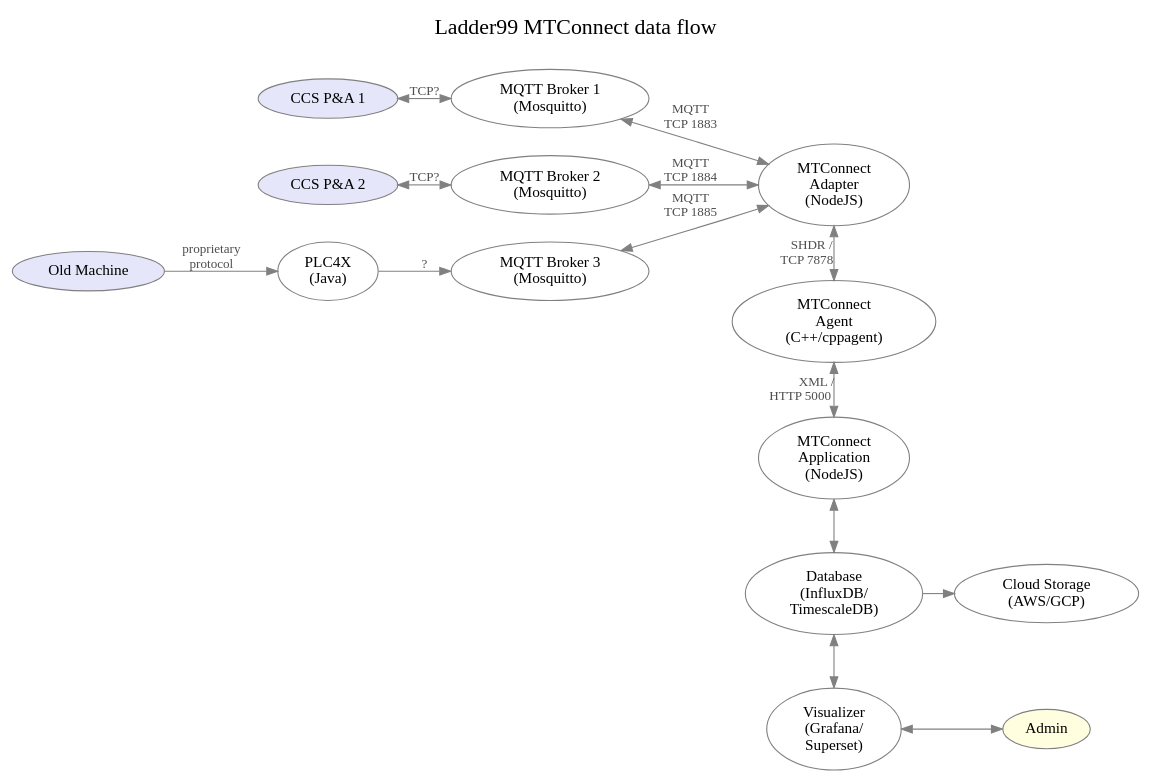
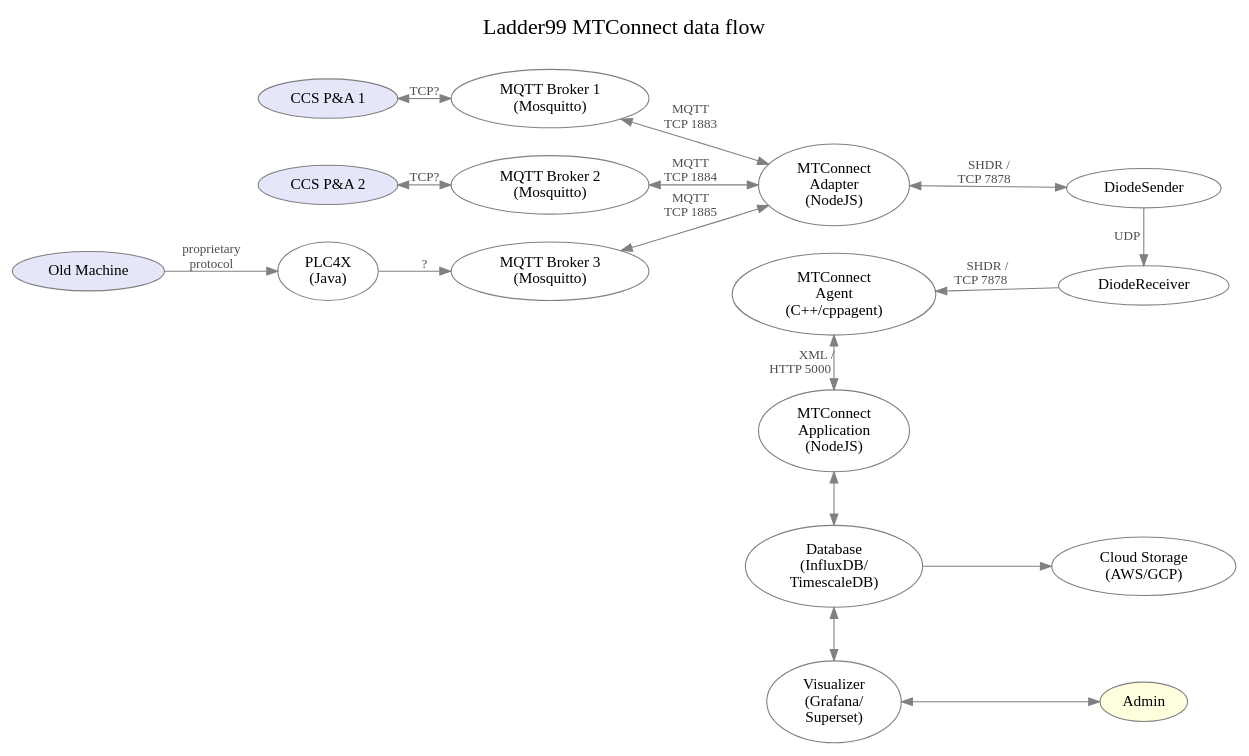
The diagram in design/architecture.dot (Ladder99/ladder99), drawn with Graphviz before and after one commit. The commit also changed 1 other file, not shown here.

```diff
--- a/design/architecture.dot
+++ b/design/architecture.dot
@@ -1,74 +1,80 @@
 digraph "ladder99-adapter" {
 
   // styles
   graph [ label="Ladder99 MTConnect data flow\n "; color=lightgray; ];
   graph [ fontsize=20 ];
   graph [ labelloc=t ];
   graph [ ranksep=0.2 ];
   graph [ nodesep=0.35 ];
   graph [ rankdir=LR; ] // left-to-right
   node [ color=gray; fillcolor=white; style=filled ];
   edge [ color=gray ];
   edge [ fontsize=12; fontcolor=gray30; ];
 
   // nodes
   PA1 [ fillcolor=lavender; label="CCS P&A 1" ];
   PA2 [ fillcolor=lavender; label="CCS P&A 2" ];
   OldMachine [ fillcolor=lavender; label="Old Machine" ];
   PLC4X [ label="PLC4X\n(Java)" ];
   Broker1 [ label="MQTT Broker 1\n(Mosquitto)" ];
   Broker2 [ label="MQTT Broker 2\n(Mosquitto)" ];
   Broker3 [ label="MQTT Broker 3\n(Mosquitto)" ];
   Adapter [ label="MTConnect\nAdapter\n(NodeJS)" ];
   // Device1Sheet [ fillcolor=greenyellow; label="device1.sheet" ];
   // Device1Yaml [ fillcolor=greenyellow; label="device1.yaml" ];
   // Device1Js [ label="device1.js" ];
   // Device2Sheet [ fillcolor=greenyellow; label="device2.sheet" ];
   // Device2Yaml [ fillcolor=greenyellow; label="device2.yaml" ];
   // Device2Js [ label="device2.js" ];
   // DiodeSender [ label="Diode Sender\n(Java+RabbitMQ)" ];
   // DiodeReceiver [ label="Diode Receiver\n(Java+RabbitMQ)" ];
   // DevicesXml [ label="devices.xml" ];
   Agent [ label="MTConnect\nAgent\n(C++/cppagent)" ];
   Application [ label="MTConnect\nApplication\n(NodeJS)" ];
   Database [ label="Database\n(InfluxDB/\nTimescaleDB)" ];
   Visualizer [ label="Visualizer\n(Grafana/\nSuperset)" ];
   Cloud [ label="Cloud Storage\n(AWS/GCP)" ];
   Admin [ fillcolor=lightyellow ];
   // LOI [ label="LOI\n(SvelteJS)" ];
   // Operator [ fillcolor=lightyellow ];
 
   // edges
   PA1 -> Broker1 [ label="TCP?", dir=both ];
   PA2 -> Broker2 [ label="TCP?", dir=both ];
   OldMachine -> PLC4X [ label="proprietary\nprotocol" ];
   PLC4X -> Broker3 [ label="?" ];
   Broker1 -> Adapter [ label="MQTT\nTCP 1883", dir=both ];
   Broker2 -> Adapter [ label="MQTT\nTCP 1884", dir=both ];
   Broker3 -> Adapter [ label="MQTT\nTCP 1885", dir=both ];
-  Adapter -> Agent [ label="SHDR /   \nTCP 7878      ", dir=both ];
+  
+  // Adapter -> Agent [ label="SHDR /   \nTCP 7878      ", dir=both ];
+
+  Adapter -> DiodeSender [ label="SHDR /   \nTCP 7878      ", dir=both ];
+  DiodeSender -> DiodeReceiver [ label="UDP    " ];
+  DiodeReceiver -> Agent [ label="SHDR /    \nTCP 7878        " ];
+  
   // Device1Sheet -> Device1Yaml [ label="feeds into" ];
   // Device1Yaml -> Device1Js [ label="generates" ];
   // Device1Js -> Proxy1 [ label="used by" ];
   // Device2Sheet -> Device2Yaml [ label="feeds into" ];
   // Device2Yaml -> Device2Js [ label="generates" ];
   // Device2Js -> Proxy2 [ label="used by" ];
   // Device1Yaml -> DevicesXml [ label="generates" ];
   // Device2Yaml -> DevicesXml [ label="generates" ];
   // DiodeSender -> DiodeReceiver [ label="UDP    " ];
   // DiodeReceiver -> Agent [ label="SHDR /    \nTCP 7878        " ];
   // Adapter -> Agent [ label="SHDR/\nTCP 7878" ];
   // DevicesXml -> Agent [ label="used by" ];
   Agent -> Application [ dir=both; label="XML / \nHTTP 5000          " ];
   Application -> Database [ dir=both ];
   Database -> Visualizer [ dir=both ];
   Database -> Cloud;
   Visualizer -> Admin [ dir=both ];
   // Application -> LOI;
   // LOI -> Operator;
 
   // rank
   // { rank=same; DiodeSender DiodeReceiver Agent Application Database Visualizer };
   { rank=same; Adapter Agent Application Database Visualizer };
-  { rank=same; Cloud Admin };
+  { rank=same; DiodeSender DiodeReceiver Cloud Admin };
 }
```
